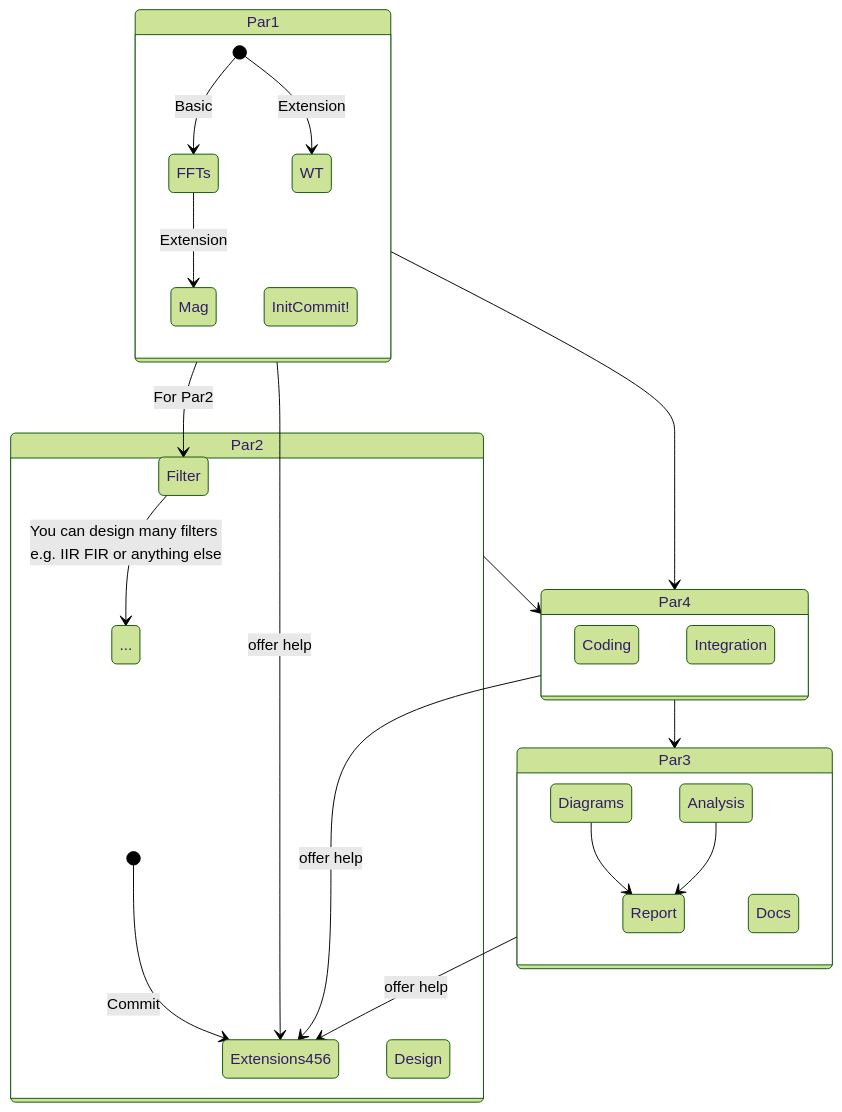
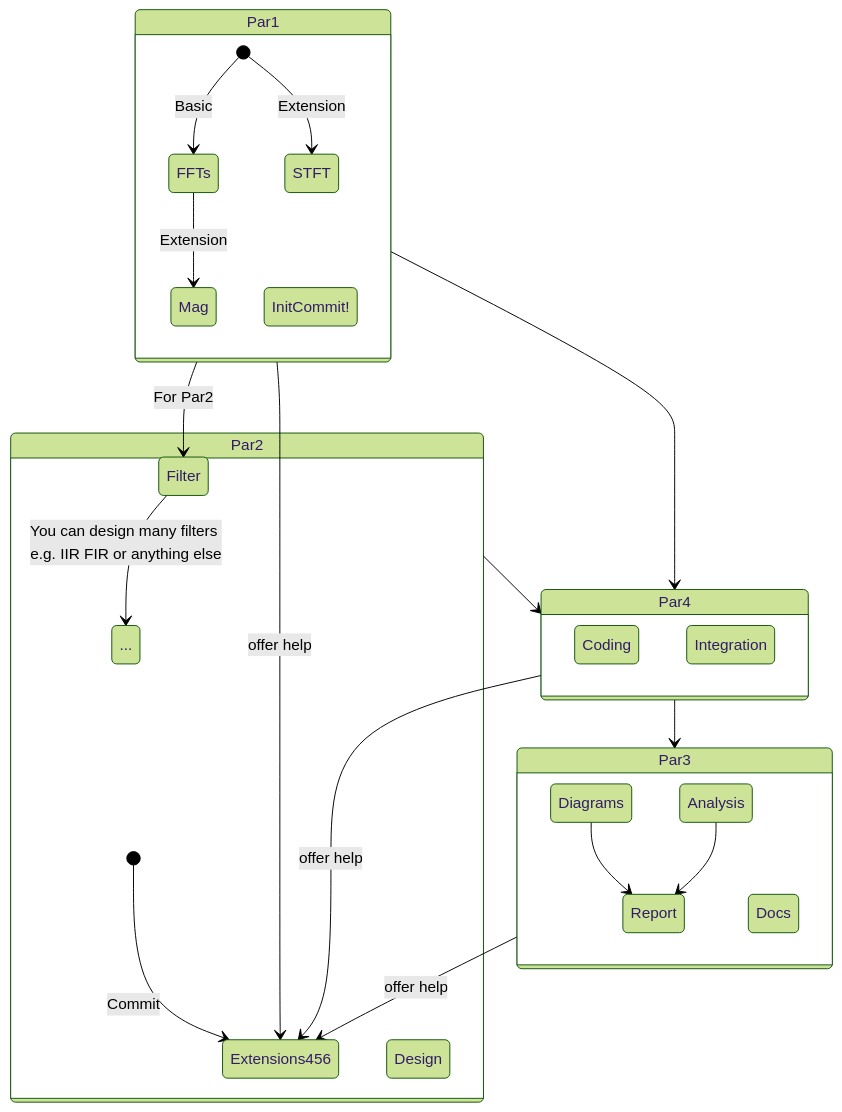
The diagram in workflow.md (dashygo097/signal-course-design), drawn with Mermaid (forest theme) before and after one commit.

Commit message:
finish 2

````diff
--- a/workflow.md
+++ b/workflow.md
@@ -5,37 +5,37 @@
 ```mermaid
 stateDiagram
     state Par1{
         [*] --> FFTs : Basic
-        [*] --> WT : Extension
+        [*] --> STFT : Extension
         FFTs --> Mag : Extension
         InitCommit!
         Analysis
     }
 
     Par1 --> Filter : For Par2
     Par1 --> Extensions456 : offer help
 
     state Par2{
         Filter --> ... : You can design many filters e.g. IIR FIR or anything else
         [*] --> Extensions456 : Commit
         Design
     }
 
     state Par3{
         Diagrams --> Report
         Analysis --> Report
         Docs
     }
 
     Par3 --> Extensions456 : offer help
     Par2 --> Par4
     Par1 --> Par4
 
     state Par4{
        Coding
        Integration
     }
     Par4 --> Par3
     Par4 --> Extensions456 : offer help
 
 ```
````
